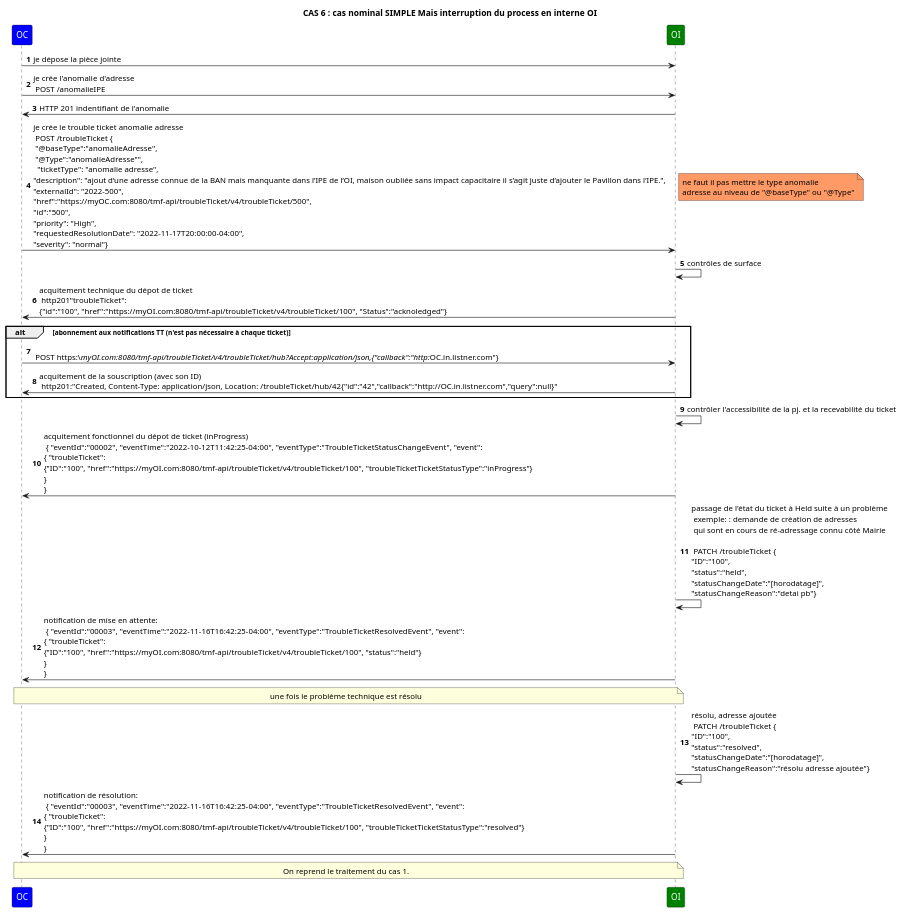
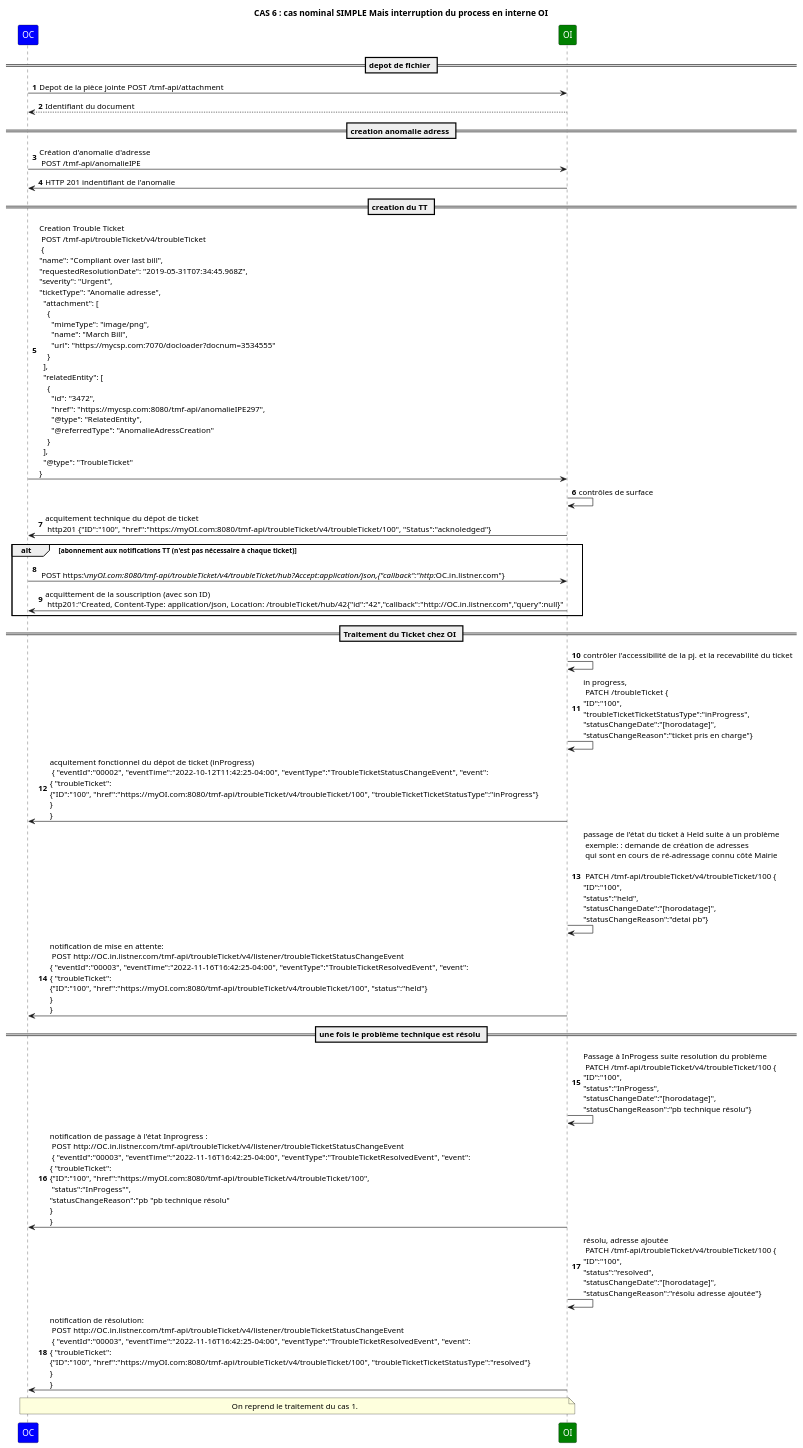
One commit to before-interop/anomalieAdresse changed the diagram in sequence/cas6 nominal.puml. Above: the diagram before and after it, drawn with PlantUML. The commit also changed 6 other files, not shown here.

Commit message:
ajout diagrammes de séquence pour les cas 1 à 8

```diff
--- a/sequence/cas6 nominal.puml
+++ b/sequence/cas6 nominal.puml
@@ -1,55 +1,60 @@
 @startuml
 
 skinparam ParticipantFontColor automatic
 
 title: CAS 6 : cas nominal SIMPLE Mais interruption du process en interne OI
 
 autonumber
 
 participant OC #Blue
 participant OI #Green
 
-OC->OI: je dépose la pièce jointe
-OC->OI: je crée l'anomalie d'adresse \n POST /anomalieIPE
+== depot de fichier ==
+OC->OI: Depot de la pièce jointe POST /tmf-api/attachment
+OI --> OC: Identifiant du document
+== creation anomalie adress ==
+OC->OI: Création d'anomalie d'adresse \n POST /tmf-api/anomalieIPE
 OI->OC: HTTP 201 indentifiant de l'anomalie
-OC->OI: je crée le trouble ticket anomalie adresse \n POST /troubleTicket {\n "@baseType":"anomalieAdresse", \n "@Type":"anomalieAdresse"", \n  "ticketType": "anomalie adresse",\n"description": "ajout d’une adresse connue de la BAN mais manquante dans l’IPE de l’OI, maison oubliée sans impact capacitaire il s’agit juste d’ajouter le Pavillon dans l’IPE.",\n"externalId": "2022-500",\n"href":"https://myOC.com:8080/tmf-api/troubleTicket/v4/troubleTicket/500",\n"id":"500",\n"priority": "High",\n"requestedResolutionDate": "2022-11-17T20:00:00-04:00",\n"severity": "normal"}
-
-note right 	#ff9966
-  ne faut il pas mettre le type anomalie
-  adresse au niveau de "@baseType" ou "@Type"
-endnote
+== creation du TT ==
+OC->OI: Creation Trouble Ticket \n POST /tmf-api/troubleTicket/v4/troubleTicket \n {\n"name": "Compliant over last bill",\n"requestedResolutionDate": "2019-05-31T07:34:45.968Z",\n"severity": "Urgent",\n"ticketType": "Anomalie adresse",\n  "attachment": [\n    {\n      "mimeType": "image/png",\n      "name": "March Bill",\n      "url": "https://mycsp.com:7070/docloader?docnum=3534555"\n    }\n  ],\n  "relatedEntity": [\n    {\n      "id": "3472",\n      "href": "https://mycsp.com:8080/tmf-api/anomalieIPE297",\n      "@type": "RelatedEntity",\n      "@referredType": "AnomalieAdressCreation"\n    }\n  ],\n  "@type": "TroubleTicket"\n}
 
 OI->OI: contrôles de surface
 
-OI->OC: acquitement technique du dépot de ticket \n http201"troubleTicket": \n{"id":"100", "href":"https://myOI.com:8080/tmf-api/troubleTicket/v4/troubleTicket/100", "Status":"acknoledged"}
+OI->OC: acquitement technique du dépot de ticket \n http201   {"ID":"100", "href":"https://myOI.com:8080/tmf-api/troubleTicket/v4/troubleTicket/100", "Status":"acknoledged"}
+
 alt abonnement aux notifications TT (n'est pas nécessaire à chaque ticket)
 OC->OI:  \n POST https:\//myOI.com:8080/tmf-api/troubleTicket/v4/troubleTicket/hub?Accept:application/json,{"callback":"http://OC.in.listner.com"}
-OI->OC: acquitement de la souscription (avec son ID) \n http201:"Created, Content-Type: application/json, Location: /troubleTicket/hub/42{"id":"42","callback":"http://OC.in.listner.com","query":null}"
+OI->OC: acquittement de la souscription (avec son ID) \n http201:"Created, Content-Type: application/json, Location: /troubleTicket/hub/42{"id":"42","callback":"http://OC.in.listner.com","query":null}"
 
 end
+== Traitement du Ticket chez OI ==
 
 
 OI->OI: contrôler l'accessibilité de la pj. et la recevabilité du ticket
 
+OI->OI: in progress,  \n PATCH /troubleTicket {\n"ID":"100",\n"troubleTicketTicketStatusType":"inProgress",\n"statusChangeDate":"[horodatage]",\n"statusChangeReason":"ticket pris en charge"}
+
+
 OI->OC: acquitement fonctionnel du dépot de ticket (inProgress) \n { "eventId":"00002", "eventTime":"2022-10-12T11:42:25-04:00", "eventType":"TroubleTicketStatusChangeEvent", "event": \n{ "troubleTicket": \n{"ID":"100", "href":"https://myOI.com:8080/tmf-api/troubleTicket/v4/troubleTicket/100", "troubleTicketTicketStatusType":"inProgress"}\n} \n}
 
-OI->OI: passage de l'état du ticket à Held suite à un problème \n exemple: : demande de création de adresses \n qui sont en cours de ré-adressage connu côté Mairie \n\n PATCH /troubleTicket {\n"ID":"100",\n"status":"held",\n"statusChangeDate":"[horodatage]",\n"statusChangeReason":"detai pb"}
-OI->OC: notification de mise en attente: \n { "eventId":"00003", "eventTime":"2022-11-16T16:42:25-04:00", "eventType":"TroubleTicketResolvedEvent", "event": \n{ "troubleTicket": \n{"ID":"100", "href":"https://myOI.com:8080/tmf-api/troubleTicket/v4/troubleTicket/100", "status":"held"}\n} \n}
+OI->OI: passage de l'état du ticket à Held suite à un problème \n exemple: : demande de création de adresses \n qui sont en cours de ré-adressage connu côté Mairie \n\n PATCH /tmf-api/troubleTicket/v4/troubleTicket/100 {\n"ID":"100",\n"status":"held",\n"statusChangeDate":"[horodatage]",\n"statusChangeReason":"detai pb"}
+OI->OC: notification de mise en attente: \n POST http://OC.in.listner.com/tmf-api/troubleTicket/v4/listener/troubleTicketStatusChangeEvent \n{ "eventId":"00003", "eventTime":"2022-11-16T16:42:25-04:00", "eventType":"TroubleTicketResolvedEvent", "event": \n{ "troubleTicket": \n{"ID":"100", "href":"https://myOI.com:8080/tmf-api/troubleTicket/v4/troubleTicket/100", "status":"held"}\n} \n}
 
-note over OI,OC
-une fois le problème technique est résolu
-endnote
+== une fois le problème technique est résolu ==
 
-OI->OI: résolu, adresse ajoutée \n PATCH /troubleTicket {\n"ID":"100",\n"status":"resolved",\n"statusChangeDate":"[horodatage]",\n"statusChangeReason":"résolu adresse ajoutée"}
+OI->OI: Passage à InProgess suite resolution du problème \n PATCH /tmf-api/troubleTicket/v4/troubleTicket/100 {\n"ID":"100",\n"status":"InProgess",\n"statusChangeDate":"[horodatage]",\n"statusChangeReason":"pb technique résolu"}
+OI->OC: notification de passage à l'état Inprogress : \n POST http://OC.in.listner.com/tmf-api/troubleTicket/v4/listener/troubleTicketStatusChangeEvent \n { "eventId":"00003", "eventTime":"2022-11-16T16:42:25-04:00", "eventType":"TroubleTicketResolvedEvent", "event": \n{ "troubleTicket": \n{"ID":"100", "href":"https://myOI.com:8080/tmf-api/troubleTicket/v4/troubleTicket/100",\n "status":"InProgess"",\n"statusChangeReason":"pb "pb technique résolu"\n} \n}
+
+OI->OI: résolu, adresse ajoutée \n PATCH /tmf-api/troubleTicket/v4/troubleTicket/100 {\n"ID":"100",\n"status":"resolved",\n"statusChangeDate":"[horodatage]",\n"statusChangeReason":"résolu adresse ajoutée"}
 
 
-OI->OC: notification de résolution: \n { "eventId":"00003", "eventTime":"2022-11-16T16:42:25-04:00", "eventType":"TroubleTicketResolvedEvent", "event": \n{ "troubleTicket": \n{"ID":"100", "href":"https://myOI.com:8080/tmf-api/troubleTicket/v4/troubleTicket/100", "troubleTicketTicketStatusType":"resolved"}\n} \n}
+OI->OC: notification de résolution: \n POST http://OC.in.listner.com/tmf-api/troubleTicket/v4/listener/troubleTicketStatusChangeEvent \n { "eventId":"00003", "eventTime":"2022-11-16T16:42:25-04:00", "eventType":"TroubleTicketResolvedEvent", "event": \n{ "troubleTicket": \n{"ID":"100", "href":"https://myOI.com:8080/tmf-api/troubleTicket/v4/troubleTicket/100", "troubleTicketTicketStatusType":"resolved"}\n} \n}
 
 
 
 note over OI,  OC
 On reprend le traitement du cas 1.
 endnote
 
 
 @enduml
```
